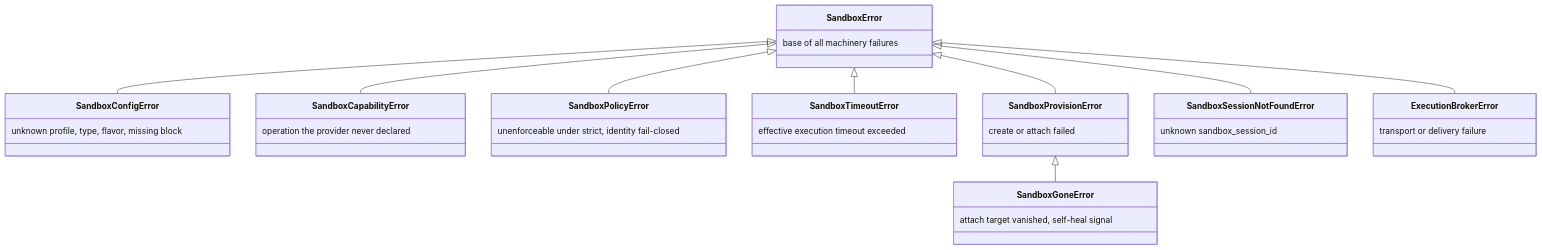
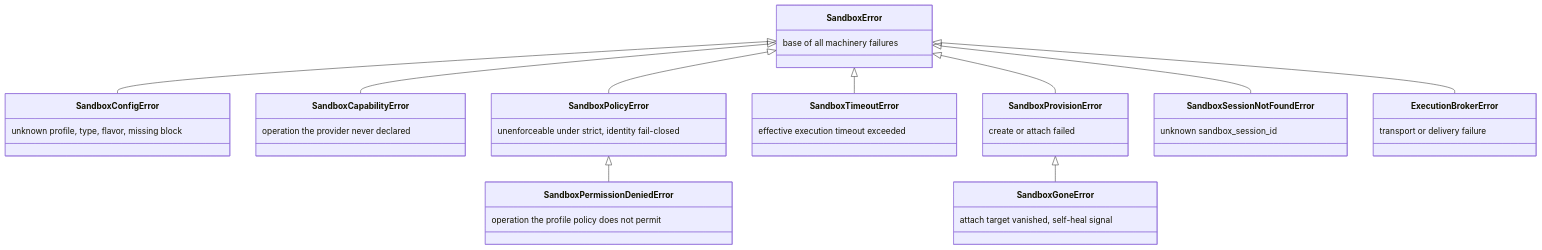
The ninth of 9 diagrams in docs/docs/architecture/sandbox-internals.md (yaalalabs/agent-kernel), drawn with Mermaid before and after one commit. The commit also changed other lines of this file and 26 other files, not shown here.

````diff
--- a/docs/docs/architecture/sandbox-internals.md
+++ b/docs/docs/architecture/sandbox-internals.md
@@ -471,22 +477,24 @@
 ```mermaid
 classDiagram
     direction TB
     class SandboxError { base of all machinery failures }
     class SandboxConfigError { unknown profile, type, flavor, missing block }
     class SandboxCapabilityError { operation the provider never declared }
     class SandboxPolicyError { unenforceable under strict, identity fail-closed }
+    class SandboxPermissionDeniedError { operation the profile policy does not permit }
     class SandboxTimeoutError { effective execution timeout exceeded }
     class SandboxProvisionError { create or attach failed }
     class SandboxGoneError { attach target vanished, self-heal signal }
     class SandboxSessionNotFoundError { unknown sandbox_session_id }
     class ExecutionBrokerError { transport or delivery failure }
 
     SandboxError <|-- SandboxConfigError
     SandboxError <|-- SandboxCapabilityError
     SandboxError <|-- SandboxPolicyError
+    SandboxPolicyError <|-- SandboxPermissionDeniedError
     SandboxError <|-- SandboxTimeoutError
     SandboxError <|-- SandboxProvisionError
     SandboxProvisionError <|-- SandboxGoneError
     SandboxError <|-- SandboxSessionNotFoundError
     SandboxError <|-- ExecutionBrokerError
 ```
````
